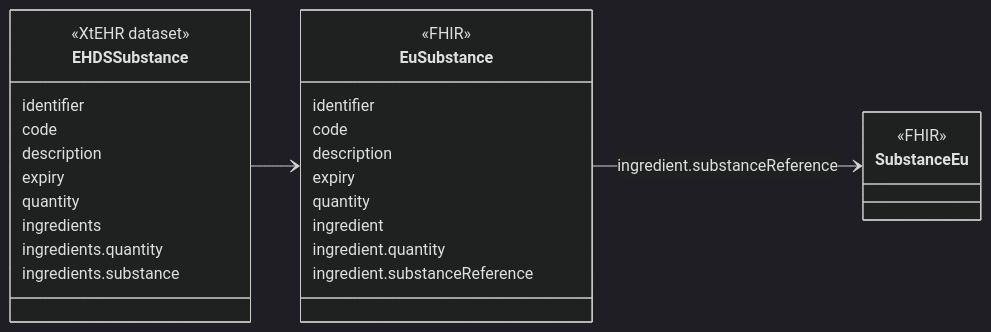
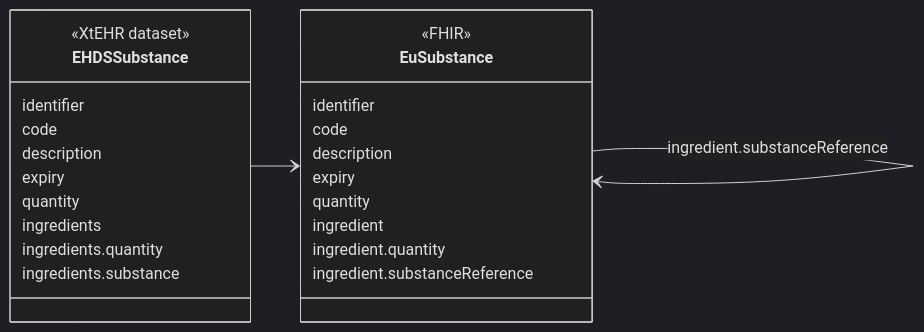
One commit to oijauregui/ehdsimaging changed the diagram in input/intro-notes/ConceptMap-EHDSSubstanceMap-intro.md. Above: the diagram before and after it, drawn with Mermaid (dark theme). The commit also changed 25 other files, not shown here.

````diff
--- a/input/intro-notes/ConceptMap-EHDSSubstanceMap-intro.md
+++ b/input/intro-notes/ConceptMap-EHDSSubstanceMap-intro.md
@@ -5,33 +5,33 @@
 ```mermaid
 classDiagram
 direction LR
 class EHDSSubstance {
   <<XtEHR dataset>>
   identifier
   code
   description
   expiry
   quantity
   ingredients
   ingredients.quantity
   ingredients.substance
 }
 link EHDSSubstance "https://build.fhir.org/ig/Xt-EHR/xt-ehr-common/StructureDefinition-EHDSSubstance.html"
 class EuSubstance{
   <<FHIR>>
   identifier
   code
   description
   expiry
   quantity
   ingredient
   ingredient.quantity
   ingredient.substanceReference
 }
 
-class SubstanceEu {
+class EuSubstance {
   <<FHIR>>
 }
 EHDSSubstance --> EuSubstance
-EuSubstance --> SubstanceEu : ingredient.substanceReference
+EuSubstance --> EuSubstance : ingredient.substanceReference
 ```
````
